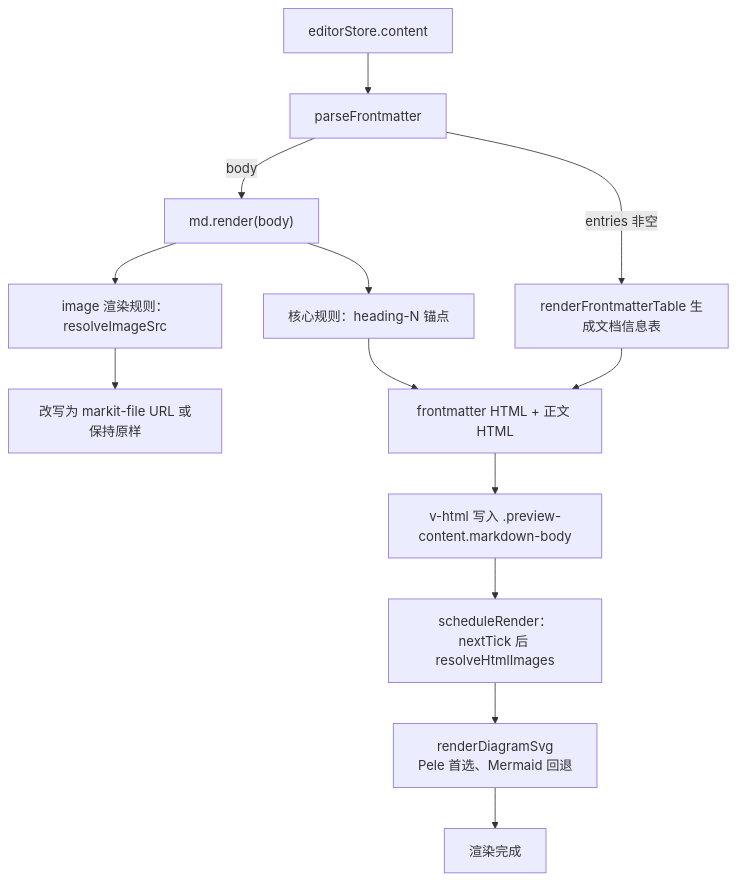
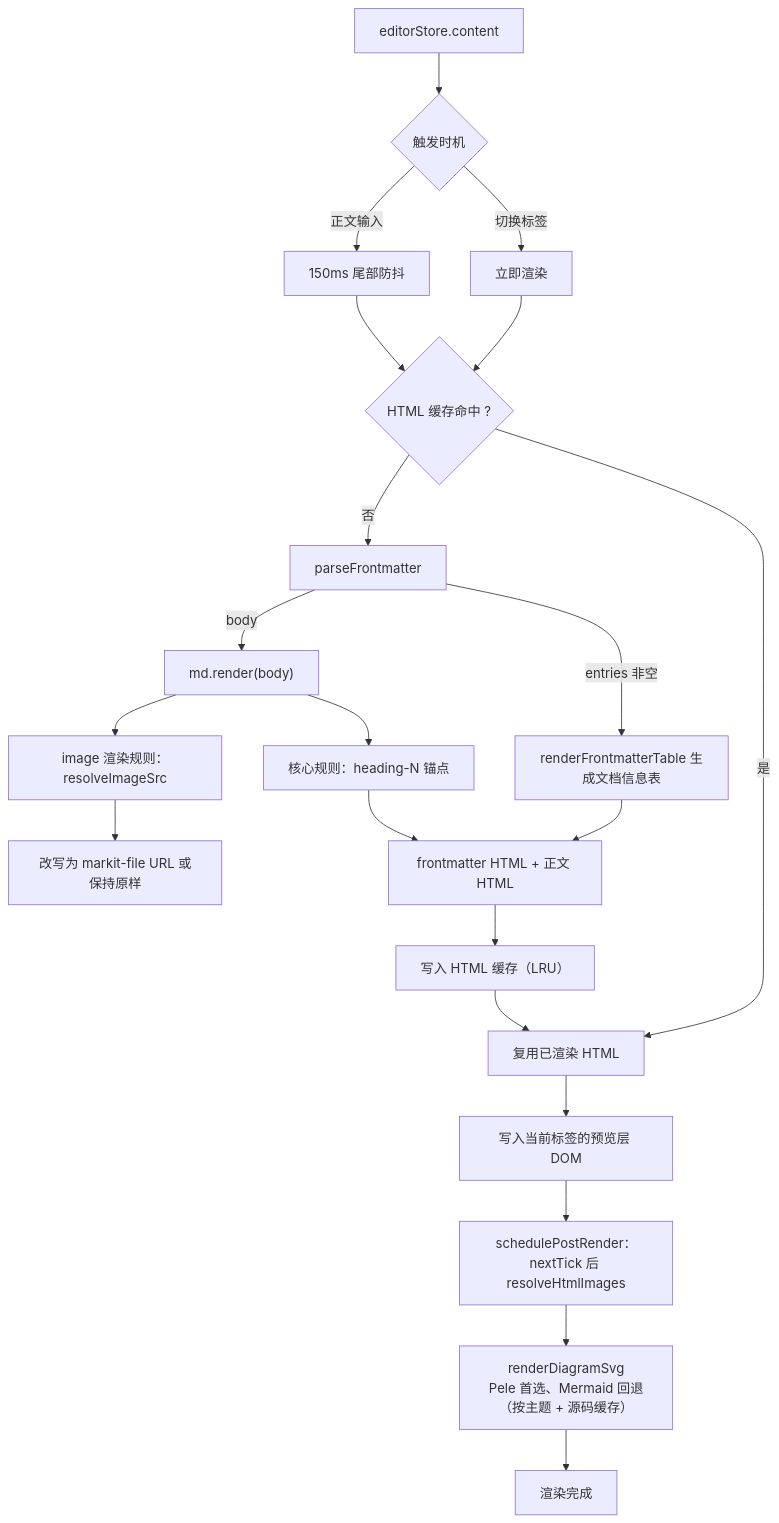
The fourth of 5 diagrams in docs/编辑器与预览.md (Harley-xk/mark-it), drawn with Mermaid before and after one commit. The commit also changed other lines of this file and 11 other files, not shown here.

````diff
--- a/docs/编辑器与预览.md
+++ b/docs/编辑器与预览.md
@@ -381,15 +381,23 @@
 ```mermaid
 flowchart TD
-  C["editorStore.content"] --> PF["parseFrontmatter"]
+  C["editorStore.content"] --> TR{"触发时机"}
+  TR -->|"切换标签"| NOW["立即渲染"]
+  TR -->|"正文输入"| DEB["150ms 尾部防抖"]
+  NOW --> HIT{"HTML 缓存命中 ?"}
+  DEB --> HIT
+  HIT -->|"是"| HTML["复用已渲染 HTML"]
+  HIT -->|"否"| PF["parseFrontmatter"]
   PF -->|"entries 非空"| FT["renderFrontmatterTable 生成文档信息表"]
   PF -->|"body"| MD["md.render(body)"]
   MD --> IMG["image 渲染规则：resolveImageSrc"]
   IMG --> MF["改写为 markit-file URL 或保持原样"]
   MD --> HA["核心规则：heading-N 锚点"]
   FT --> OUT["frontmatter HTML + 正文 HTML"]
   HA --> OUT
-  OUT --> VH["v-html 写入 .preview-content.markdown-body"]
-  VH --> RI["scheduleRender：nextTick 后 resolveHtmlImages"]
-  RI --> MM["renderDiagramSvg<br/>Pele 首选、Mermaid 回退"]
+  OUT --> CACHE["写入 HTML 缓存（LRU）"]
+  CACHE --> HTML
+  HTML --> VH["写入当前标签的预览层 DOM"]
+  VH --> RI["schedulePostRender：nextTick 后 resolveHtmlImages"]
+  RI --> MM["renderDiagramSvg<br/>Pele 首选、Mermaid 回退（按主题 + 源码缓存）"]
   MM --> FIN["渲染完成"]
 ```
````
